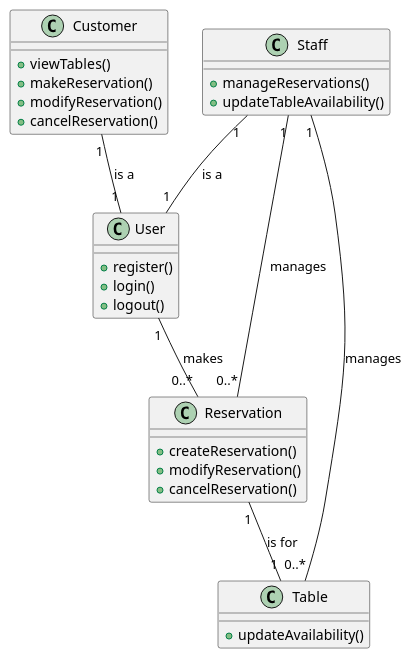
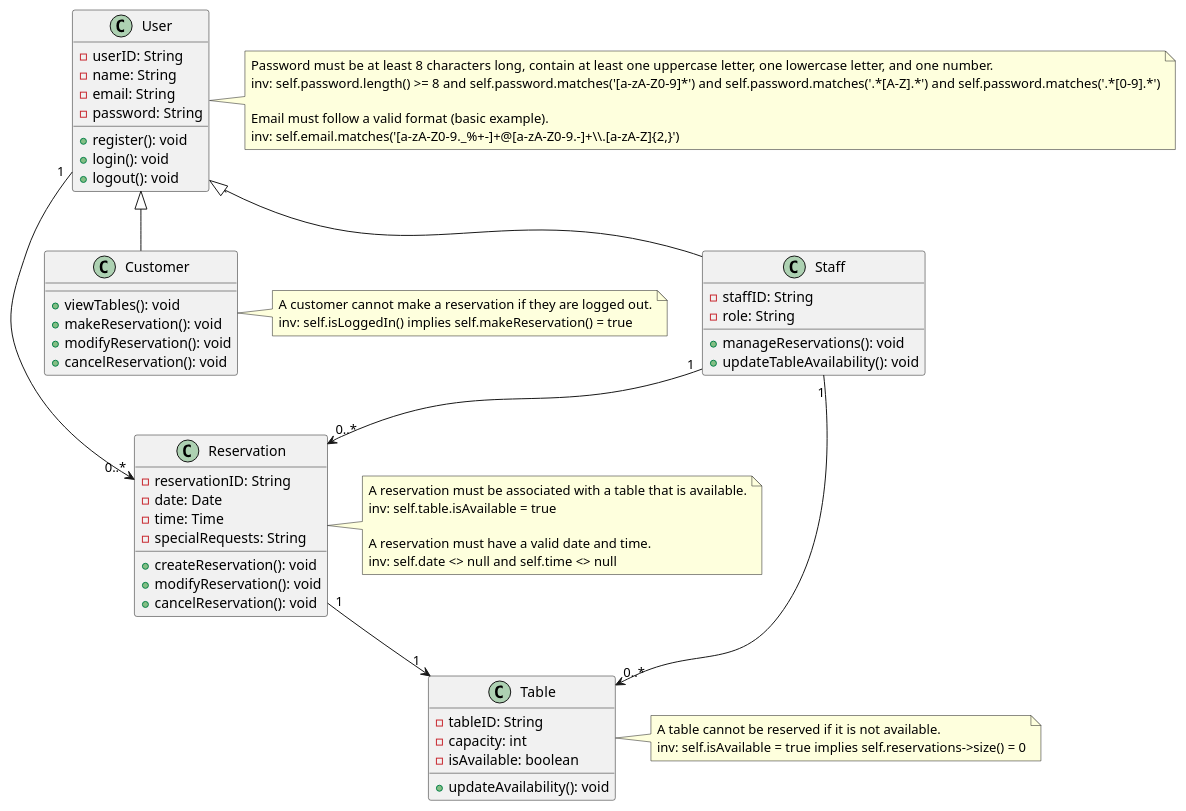
The diagram in RestaurantClassDiagram.puml (Basmalamoustafa/Aura-Restaurant-Management-System), drawn with PlantUML before and after one commit.

Commit message:
class diagram + OCL

```diff
--- a/RestaurantClassDiagram.puml
+++ b/RestaurantClassDiagram.puml
@@ -1,37 +1,74 @@
 @startuml
-Class User {
-    + register()
-    + login()
-    + logout()
+class User {
+    - userID: String
+    - name: String
+    - email: String
+    - password: String
+    + register(): void
+    + login(): void
+    + logout(): void
 }
 
-Class Customer {
-    + viewTables()
-    + makeReservation()
-    + modifyReservation()
-    + cancelReservation()
+class Customer extends User {
+    + viewTables(): void
+    + makeReservation(): void
+    + modifyReservation(): void
+    + cancelReservation(): void
 }
 
-Class Staff {
-    + manageReservations()
-    + updateTableAvailability()
+class Staff extends User {
+    - staffID: String
+    - role: String
+    + manageReservations(): void
+    + updateTableAvailability(): void
 }
 
-Class Reservation {
-    + createReservation()
-    + modifyReservation()
-    + cancelReservation()
+class Reservation {
+    - reservationID: String
+    - date: Date
+    - time: Time
+    - specialRequests: String
+    + createReservation(): void
+    + modifyReservation(): void
+    + cancelReservation(): void
 }
 
-Class Table {
-    + updateAvailability()
+class Table {
+    - tableID: String
+    - capacity: int
+    - isAvailable: boolean
+    + updateAvailability(): void
 }
 
+note right of Reservation
+        A reservation must be associated with a table that is available.
+        inv: self.table.isAvailable = true
 
-User "1" -- "0..*" Reservation : "makes"
-Customer "1" -- "1" User : "is a"
-Staff "1" -- "1" User : "is a"
-Reservation "1" -- "1" Table : "is for"
-Staff "1" -- "0..*" Table : "manages"
-Staff "1" -- "0..*" Reservation : "manages"
+        A reservation must have a valid date and time.
+        inv: self.date <> null and self.time <> null
+end note
+
+note right of Table
+        A table cannot be reserved if it is not available.
+        inv: self.isAvailable = true implies self.reservations->size() = 0
+end note
+
+note right of Customer
+        A customer cannot make a reservation if they are logged out.
+        inv: self.isLoggedIn() implies self.makeReservation() = true
+end note
+
+note right of User
+        Password must be at least 8 characters long, contain at least one uppercase letter, one lowercase letter, and one number.
+        inv: self.password.length() >= 8 and self.password.matches('[a-zA-Z0-9]*') and self.password.matches('.*[A-Z].*') and self.password.matches('.*[0-9].*')
+
+        Email must follow a valid format (basic example).
+        inv: self.email.matches('[a-zA-Z0-9._%+-]+@[a-zA-Z0-9.-]+\\.[a-zA-Z]{2,}')
+end note
+
+User "1" --> "0..*" Reservation
+Reservation "1" --> "1" Table
+
+Staff "1" --> "0..*" Table
+Staff "1" --> "0..*" Reservation
 @enduml
```
